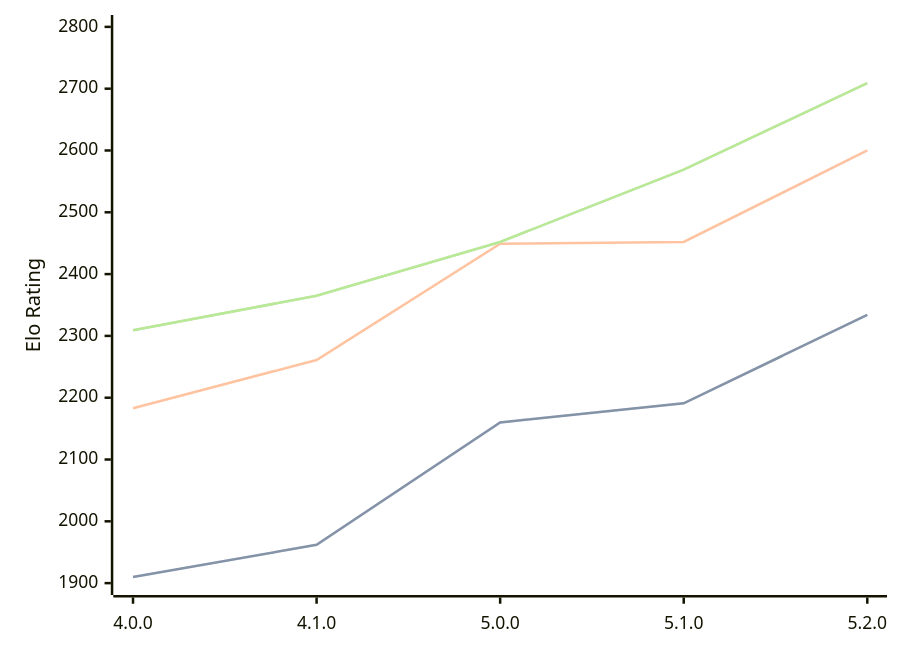
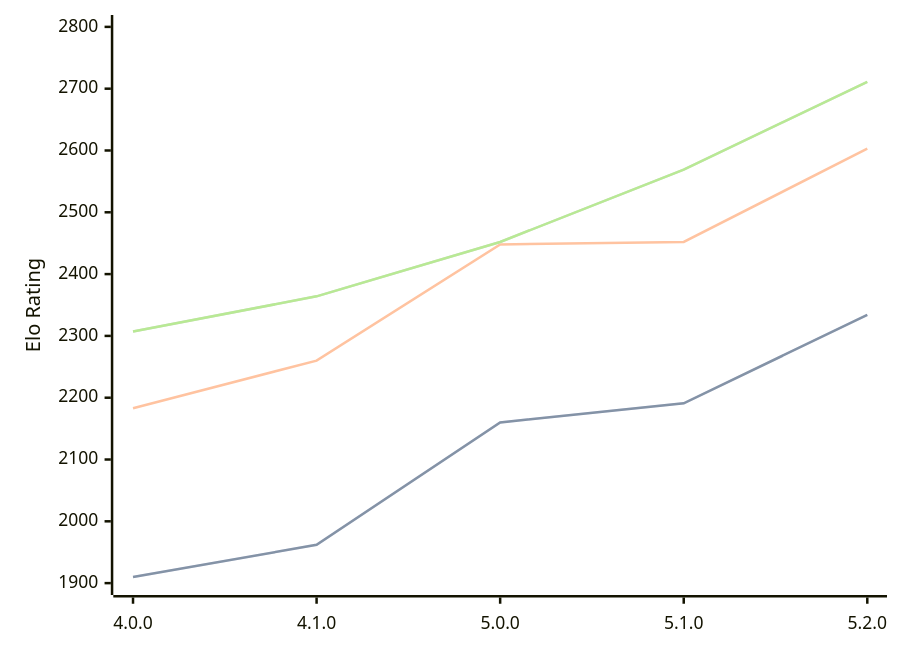
One commit to computer-chess-index/cci changed the diagram in engines/Aconcagua.md. Above: the diagram before and after it, drawn with Mermaid. The commit also changed other lines of this file, not shown here.

Commit message:
Update CCI Ratings (ELO VLTC) - 2026-09-11

````diff
--- a/engines/Aconcagua.md
+++ b/engines/Aconcagua.md
@@ -35,11 +35,11 @@
 ```mermaid
 %%{init: {"theme":"base","themeVariables":{"seriesColors:['#a3a3a3','#222221','#faa371']}}}%%
 xychart-beta
   x-axis ["4.0.0", "4.1.0", "5.0.0", "5.1.0", "5.2.0"]
   y-axis "Elo Rating" 1900 --> 2800
   line "" [1910, 1962, 2160, 2191, 2334]
   line "STC (8.0+0.08s)" [1910, 1962, 2160, 2191, 2334]
-  line "LTC (60.0+0.60s)" [2183, 2261, 2449, 2452, 2600]
-  line "" [2309, 2365, 2452, 2569, 2709]
-  line "VLTC (2m24s+1.12s)" [2309, 2365, 2452, 2569, 2709]
+  line "LTC (60.0+0.60s)" [2183, 2260, 2448, 2452, 2603]
+  line "" [2307, 2364, 2452, 2569, 2711]
+  line "VLTC (2m24s+1.12s)" [2307, 2364, 2452, 2569, 2711]
 ```
````
